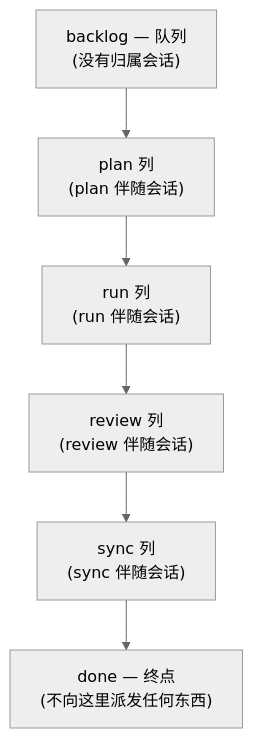
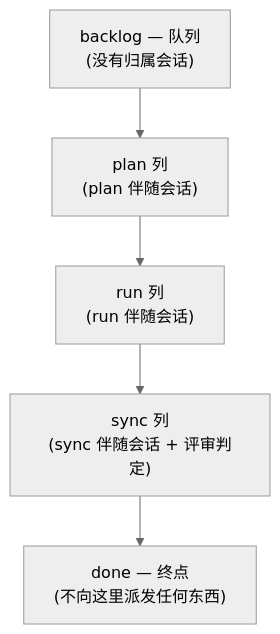
The first of 2 diagrams in docs-site/content/zh/core-concepts/kanban-board-terms.md (modu-ai/moai-adk), drawn with Mermaid (neutral theme) before and after one commit. The commit also changed other lines of this file and 16 other files, not shown here.

````diff
--- a/docs-site/content/zh/core-concepts/kanban-board-terms.md
+++ b/docs-site/content/zh/core-concepts/kanban-board-terms.md
@@ -17,10 +17,9 @@
 ```mermaid
 flowchart TD
     Backlog["backlog — 队列<br/>(没有归属会话)"]
     Plan["plan 列<br/>(plan 伴随会话)"]
     Run["run 列<br/>(run 伴随会话)"]
-    Review["review 列<br/>(review 伴随会话)"]
-    Sync["sync 列<br/>(sync 伴随会话)"]
+    Sync["sync 列<br/>(sync 伴随会话 + 评审判定)"]
     Done["done — 终点<br/>(不向这里派发任何东西)"]
-    Backlog --> Plan --> Run --> Review --> Sync --> Done
+    Backlog --> Plan --> Run --> Sync --> Done
 ```
````
